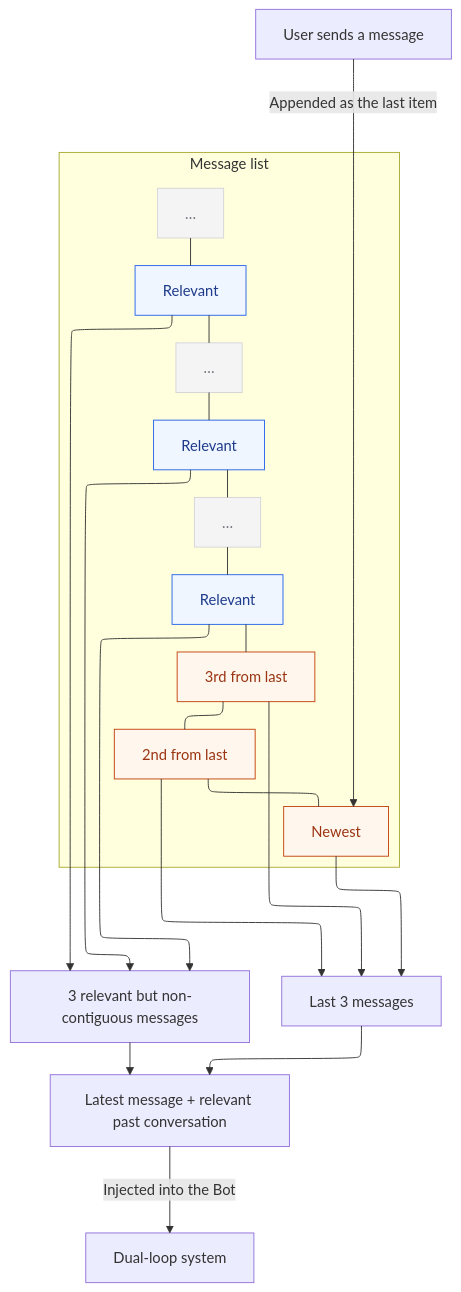
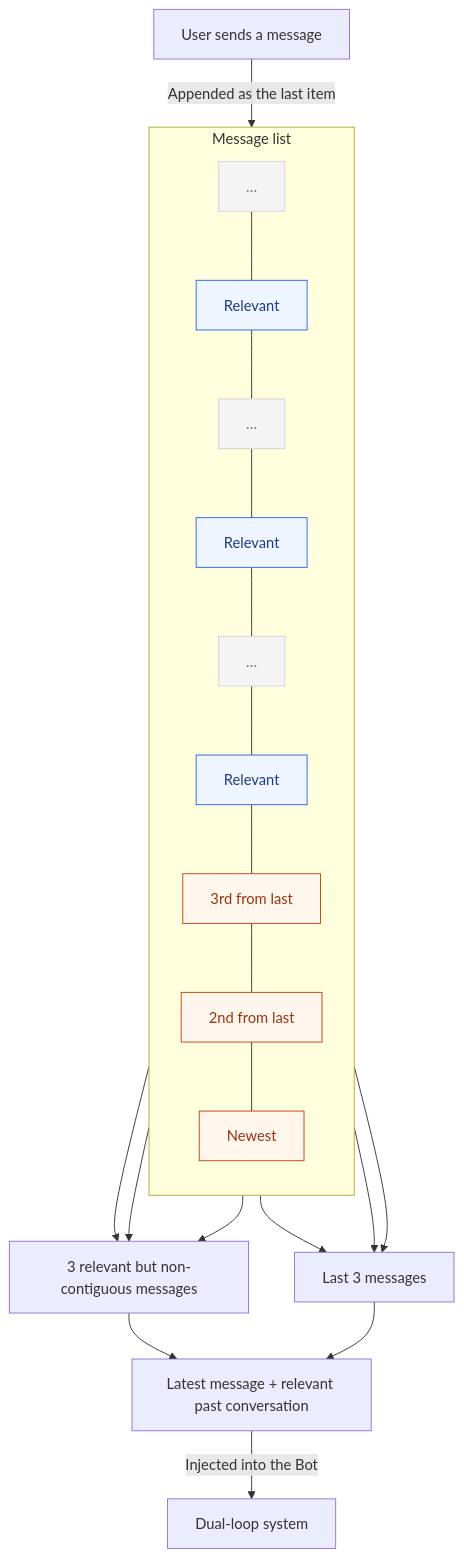
Before and after one commit to jooler/kepcup: the second of 2 diagrams in README.md, drawn with Mermaid. The commit also changed 1 other file, not shown here.

Commit message:
docs(readme): 移除 mermaid 的 elk 渲染指令——GitHub 不支持导致整图渲染失败 [skip ci]

````diff
--- a/README.md
+++ b/README.md
@@ -60,42 +60,41 @@
 ```mermaid
-%%{init: {"flowchart": {"defaultRenderer": "elk"}} }%%
 flowchart TB
   Send["User sends a message"]
 
   subgraph List["Message list"]
     direction TB
     Gap1["…"]
     Rel1["Relevant"]
     Gap2["…"]
     Rel2["Relevant"]
     Gap3["…"]
     Rel3["Relevant"]
     Tail3["3rd from last"]
     Tail2["2nd from last"]
     Newest["Newest"]
     Gap1 --- Rel1 --- Gap2 --- Rel2 --- Gap3 --- Rel3 --- Tail3 --- Tail2 --- Newest
   end
 
   Scattered["3 relevant but non-contiguous messages"]
   Recent["Last 3 messages"]
   Context["Latest message + relevant past conversation"]
   Dual["Dual-loop system"]
 
   Send -->|Appended as the last item| Newest
   Rel1 --> Scattered
   Rel2 --> Scattered
   Rel3 --> Scattered
   Tail3 --> Recent
   Tail2 --> Recent
   Newest --> Recent
   Scattered --> Context
   Recent --> Context
   Context -->|Injected into the Bot| Dual
 
   classDef idle fill:#f4f4f5,stroke:#d4d4d8,color:#71717a
   classDef related fill:#eff6ff,stroke:#2563eb,color:#1e3a8a
   classDef recent fill:#fff7ed,stroke:#c2410c,color:#9a3412
   class Gap1,Gap2,Gap3 idle
   class Rel1,Rel2,Rel3 related
   class Tail3,Tail2,Newest recent
 ```
````
